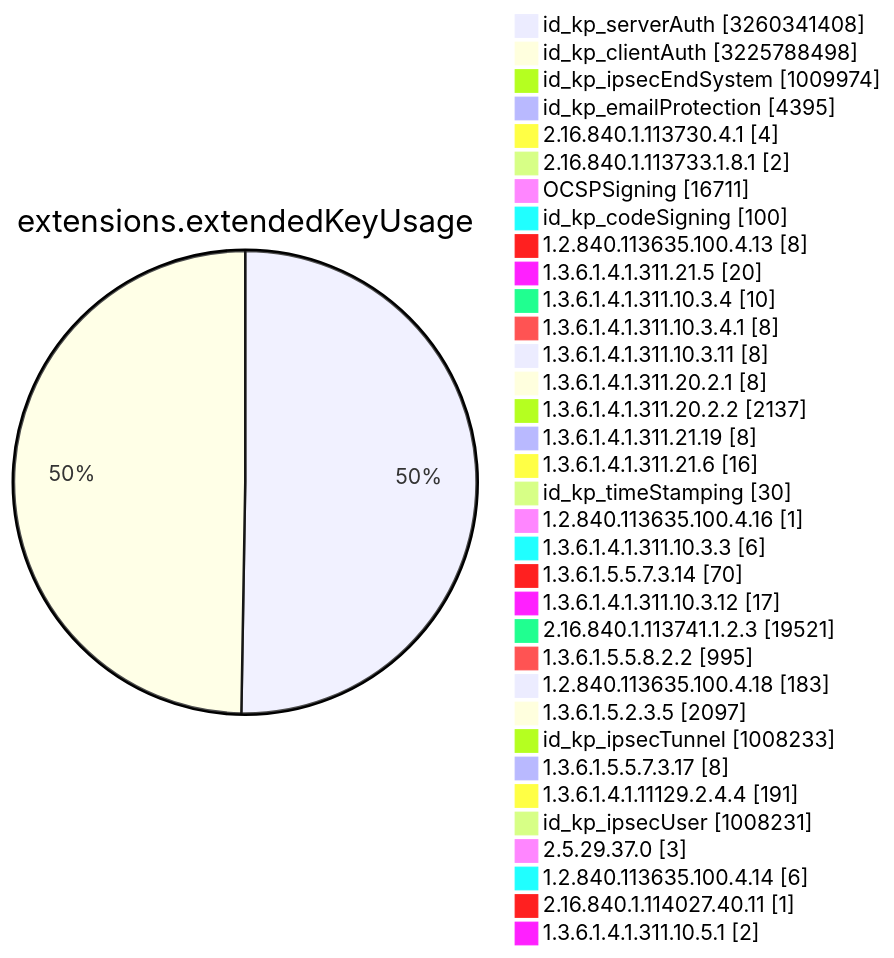
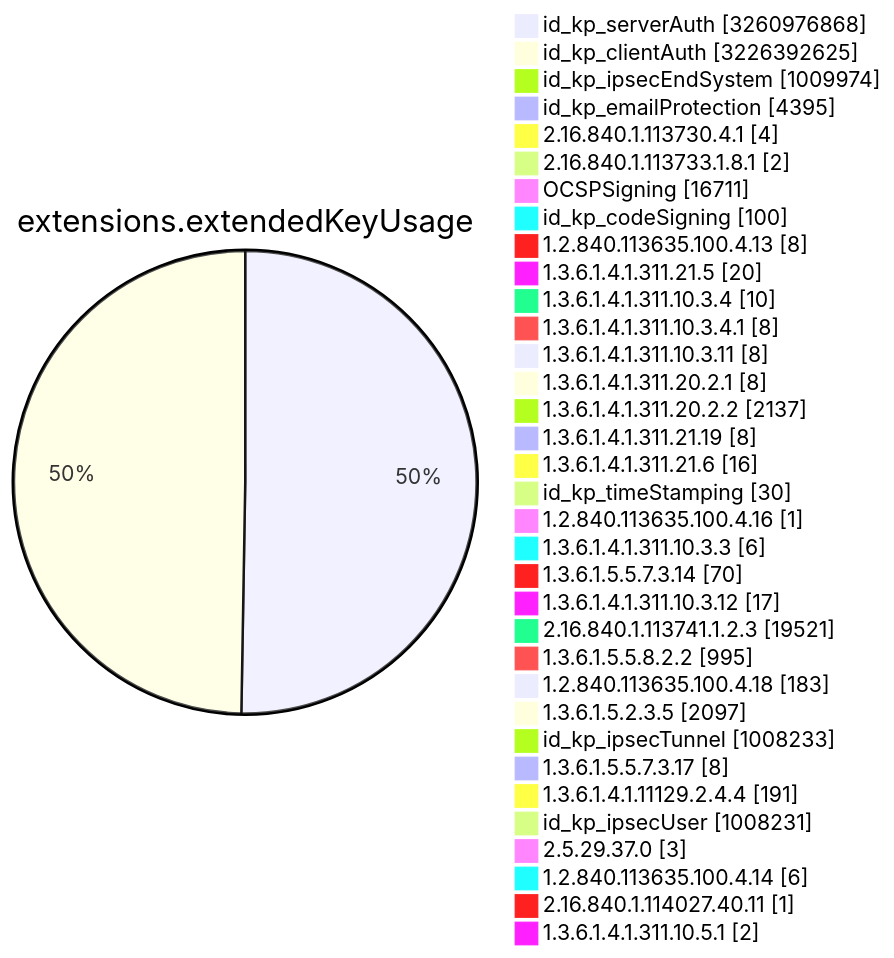
Diagram 11 of 15 in TOTAL/README.md (christiankrug/ctmonitor_visualization), drawn with Mermaid before and after one commit. The commit also changed other lines of this file, not shown here.

````diff
--- a/TOTAL/README.md
+++ b/TOTAL/README.md
@@ -4119,38 +4119,38 @@
 ```mermaid
 pie showData
 title extensions.extendedKeyUsage
-"id_kp_serverAuth" :3260341408
-"id_kp_clientAuth" :3225788498
+"id_kp_serverAuth" :3260976868
+"id_kp_clientAuth" :3226392625
 "id_kp_ipsecEndSystem" :1009974
 "id_kp_emailProtection" :4395
 "2.16.840.1.113730.4.1" :4
 "2.16.840.1.113733.1.8.1" :2
 "OCSPSigning" :16711
 "id_kp_codeSigning" :100
 "1.2.840.113635.100.4.13" :8
 "1.3.6.1.4.1.311.21.5" :20
 "1.3.6.1.4.1.311.10.3.4" :10
 "1.3.6.1.4.1.311.10.3.4.1" :8
 "1.3.6.1.4.1.311.10.3.11" :8
 "1.3.6.1.4.1.311.20.2.1" :8
 "1.3.6.1.4.1.311.20.2.2" :2137
 "1.3.6.1.4.1.311.21.19" :8
 "1.3.6.1.4.1.311.21.6" :16
 "id_kp_timeStamping" :30
 "1.2.840.113635.100.4.16" :1
 "1.3.6.1.4.1.311.10.3.3" :6
 "1.3.6.1.5.5.7.3.14" :70
 "1.3.6.1.4.1.311.10.3.12" :17
 "2.16.840.1.113741.1.2.3" :19521
 "1.3.6.1.5.5.8.2.2" :995
 "1.2.840.113635.100.4.18" :183
 "1.3.6.1.5.2.3.5" :2097
 "id_kp_ipsecTunnel" :1008233
 "1.3.6.1.5.5.7.3.17" :8
 "1.3.6.1.4.1.11129.2.4.4" :191
 "id_kp_ipsecUser" :1008231
 "2.5.29.37.0" :3
 "1.2.840.113635.100.4.14" :6
 "2.16.840.1.114027.40.11" :1
 "1.3.6.1.4.1.311.10.5.1" :2
 ```
````
